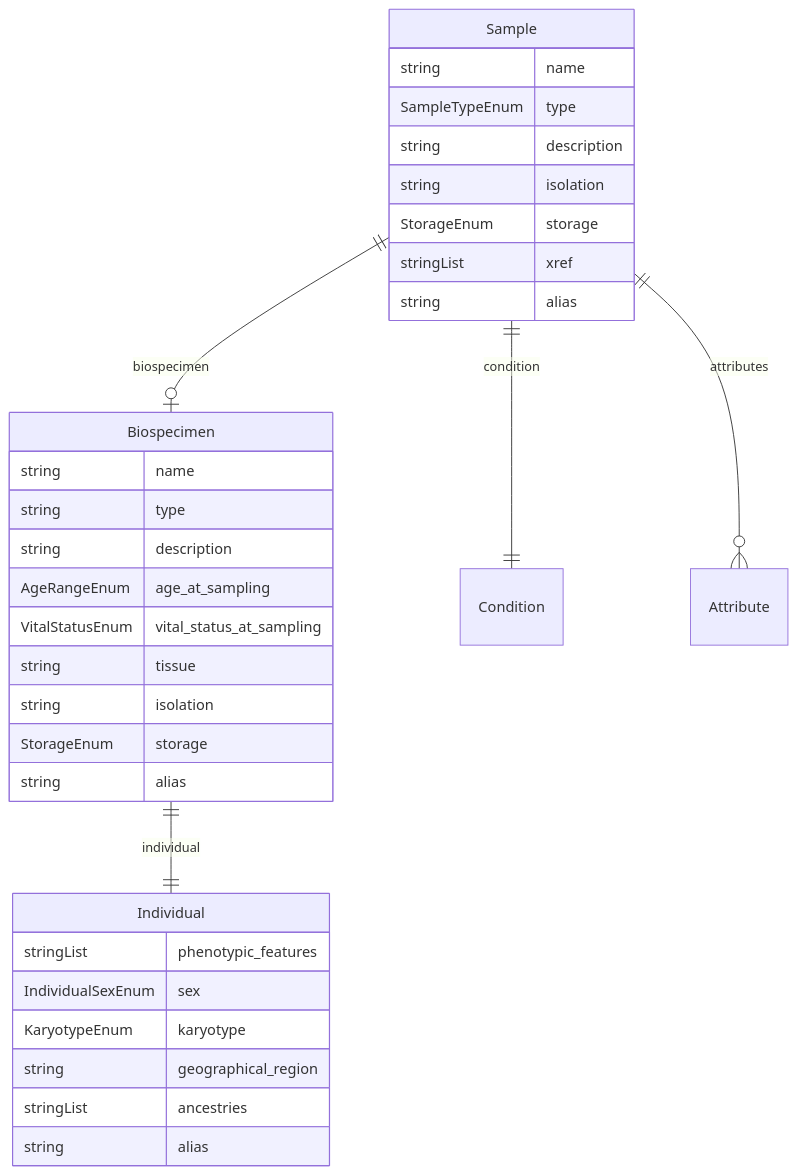
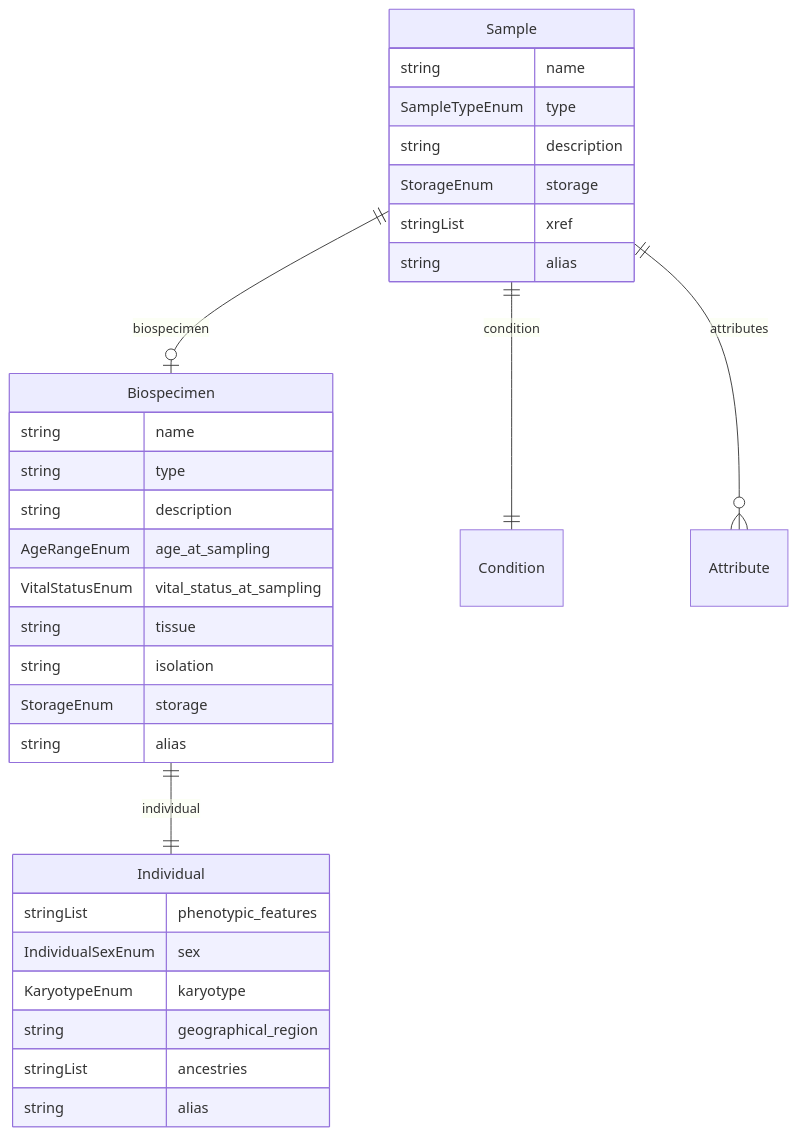
The fifth of 7 diagrams in docs/entity_relations.md (ghga-de/ghga-metadata-schema), drawn with Mermaid before and after one commit. The commit also changed other lines of this file and 48 other files, not shown here.

````diff
--- a/docs/entity_relations.md
+++ b/docs/entity_relations.md
@@ -224,37 +224,36 @@
 ```mermaid
 erDiagram
 Individual {
     stringList phenotypic_features  
     IndividualSexEnum sex  
     KaryotypeEnum karyotype  
     string geographical_region  
     stringList ancestries  
     string alias  
 }
 Biospecimen {
     string name  
     string type  
     string description  
     AgeRangeEnum age_at_sampling  
     VitalStatusEnum vital_status_at_sampling  
     string tissue  
     string isolation  
     StorageEnum storage  
     string alias  
 }
 Sample {
     string name  
     SampleTypeEnum type  
     string description  
-    string isolation  
     StorageEnum storage  
     stringList xref  
     string alias  
 }
 
 Biospecimen ||--|| Individual : "individual"
 Sample ||--|o Biospecimen : "biospecimen"
 Sample ||--|| Condition : "condition"
 Sample ||--}o Attribute : "attributes"
 
 ```
````
